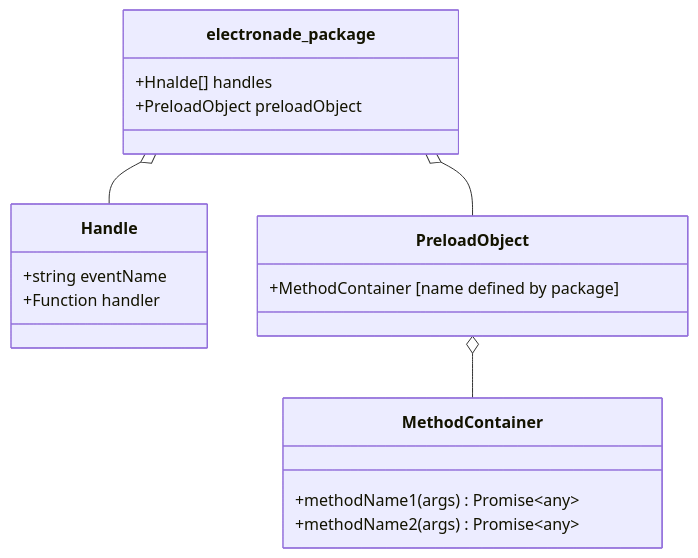
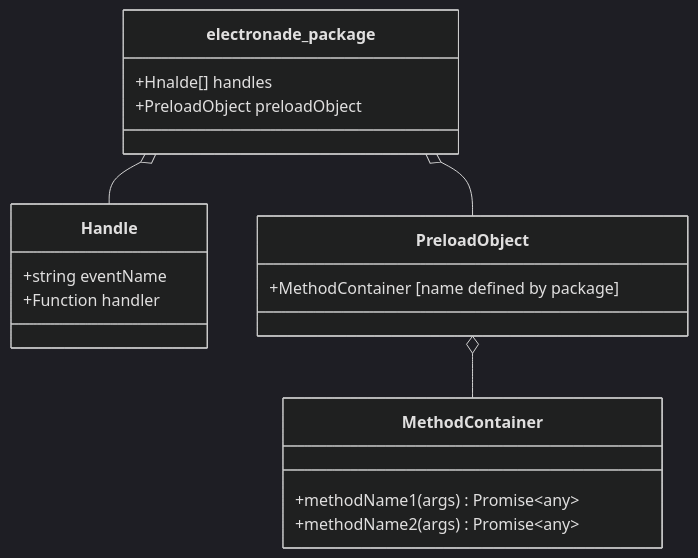
One commit to tomsdoo/electronade changed the diagram in docs/md/electronade_packages.md. Above: the diagram before and after it, drawn with Mermaid. The commit also changed 1 other file, not shown here.

Commit message:
dark theme is applied to documents (#98)
* dark theme is added

* dark theme for mermaid

````diff
--- a/docs/md/electronade_packages.md
+++ b/docs/md/electronade_packages.md
@@ -15,26 +15,27 @@
 ``` mermaid
+%%{ init: { "theme": "dark" }  }%%
 classDiagram
 
 class electronade_package {
   +Hnalde[] handles
   +PreloadObject preloadObject
 }
 
 class Handle {
   +string eventName
   +Function handler
 }
 
 class PreloadObject {
   +MethodContainer [name defined by package]
 }
 
 class MethodContainer {
   +methodName1(args) Promise~any~
   +methodName2(args) Promise~any~
 }
 
 electronade_package o-- Handle
 electronade_package o-- PreloadObject
 PreloadObject o-- MethodContainer
 ```
````
